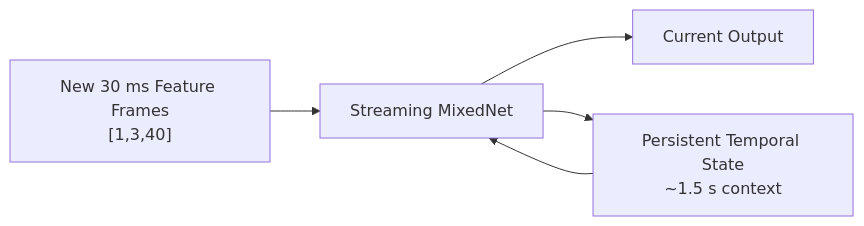
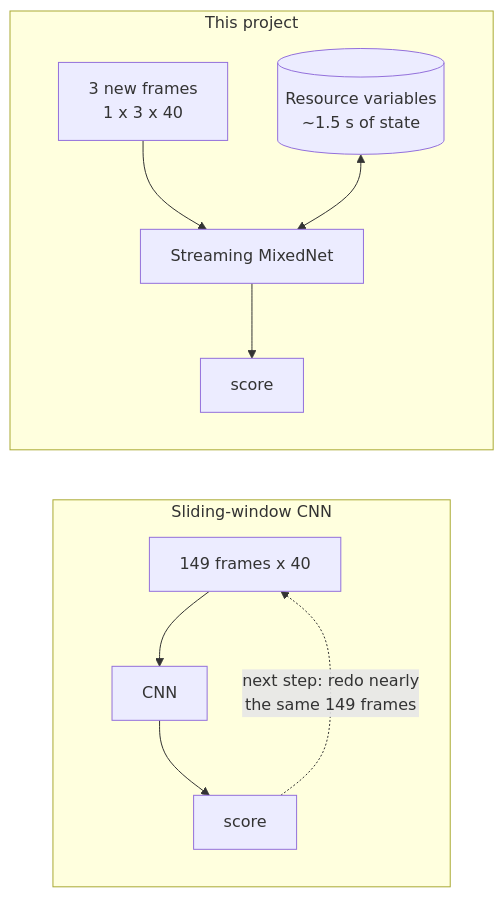
One commit to Raj24-dev/Kws changed the third of 12 diagrams in README.md. Above: the diagram before and after it, drawn with Mermaid. The commit also changed other lines of this file, not shown here.

````diff
--- a/README.md
+++ b/README.md
@@ -460,13 +82,11 @@
 ```mermaid
 flowchart LR
-
-    A["New 30 ms Feature Frames<br/>[1,3,40]"]
-    B["Streaming MixedNet"]
-    C["Current Output"]
-    D["Persistent Temporal State<br/>~1.5 s context"]
-
-    A --> B
-    D --> B
-    B --> C
-    B --> D
+    subgraph OLD["Sliding-window CNN"]
+        O1["149 frames x 40"] --> O2["CNN"] --> O3["score"]
+        O3 -.->|"next step: redo nearly<br/>the same 149 frames"| O1
+    end
+    subgraph NEW["This project"]
+        N1["3 new frames<br/>1 x 3 x 40"] --> N2["Streaming MixedNet"] --> N3["score"]
+        S[("Resource variables<br/>~1.5 s of state")] <--> N2
+    end
 ```
````
